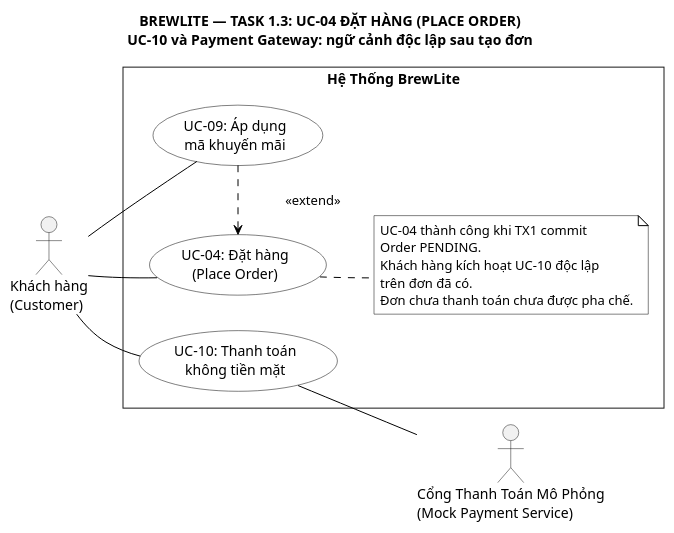
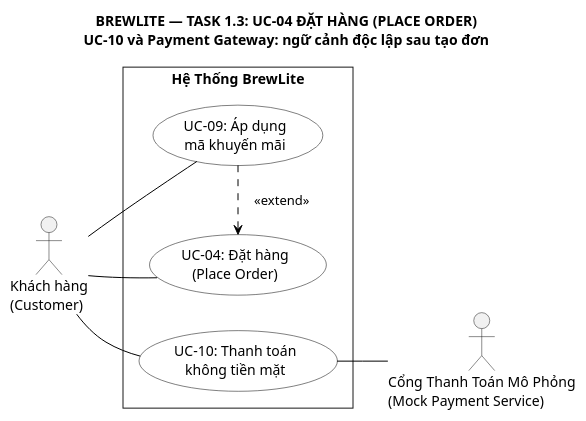
Before and after one commit to vohuunghiaah/brewlite: the diagram in docs/requirements/use-case-place-order.puml, drawn with PlantUML. The commit also changed 1 other file, not shown here.

Commit message:
docs(uml): remove context note and tighten extend label

```diff
--- a/docs/requirements/use-case-place-order.puml
+++ b/docs/requirements/use-case-place-order.puml
@@ -1,52 +1,44 @@
 @startuml brewlite-usecase-place-order
 ' BrewLite — Task 1.3 — Đặc tả Use Case Chi tiết UC-04 Đặt hàng
 ' Tài liệu tham chiếu: SRS 1.4.0 và REQ-UC-04 v1.4.0
 ' UC-04 tạo đơn PENDING; UC-10 thanh toán độc lập trên đơn đã tồn tại.
 
 skinparam monochrome true
 skinparam shadowing false
 skinparam defaultFontName Arial
 skinparam roundCorner 0
 skinparam nodesep 35
 skinparam ranksep 35
 skinparam usecase {
     BackgroundColor White
     BorderColor Black
     ArrowColor Black
 }
-skinparam note {
-    BackgroundColor White
-    BorderColor Black
-    ArrowColor Black
-}
 left to right direction
 
 title BREWLITE — TASK 1.3: UC-04 ĐẶT HÀNG (PLACE ORDER)\nUC-10 và Payment Gateway: ngữ cảnh độc lập sau tạo đơn
 
 actor "Khách hàng\n(Customer)" as Customer
 
 rectangle "Hệ Thống BrewLite" {
     usecase "UC-09: Áp dụng\nmã khuyến mãi" as UC9
     usecase "UC-04: Đặt hàng\n(Place Order)" as UC4
     usecase "UC-10: Thanh toán\nkhông tiền mặt" as UC10
 
-    note "UC-04 thành công khi TX1 commit\nOrder PENDING.\nKhách hàng kích hoạt UC-10 độc lập\ntrên đơn đã có.\nĐơn chưa thanh toán chưa được pha chế." as N1
-    UC4 -[norank,dashed]- N1
     ' Liên kết ẩn chỉ xếp ba Use Case theo trục dọc.
     UC9 -[hidden]left-> UC4
     UC4 -[hidden]left-> UC10
-    UC4 -[hidden]down-> N1
 }
 
 actor "Cổng Thanh Toán Mô Phỏng\n(Mock Payment Service)" as PaymentGateway
 
 Customer -[norank]- UC4
 Customer -[hidden]down-> UC4
 Customer -[norank]- UC10
 Customer -[norank]- UC9
 
-UC9 -[dashed,norank]-> UC4 : <color:transparent>..................................................</color><<extend>>
+UC9 -[dashed,norank]-> UC4 : <color:transparent>................................</color><<extend>>
 
 UC10 -- PaymentGateway
 
 @enduml
```
